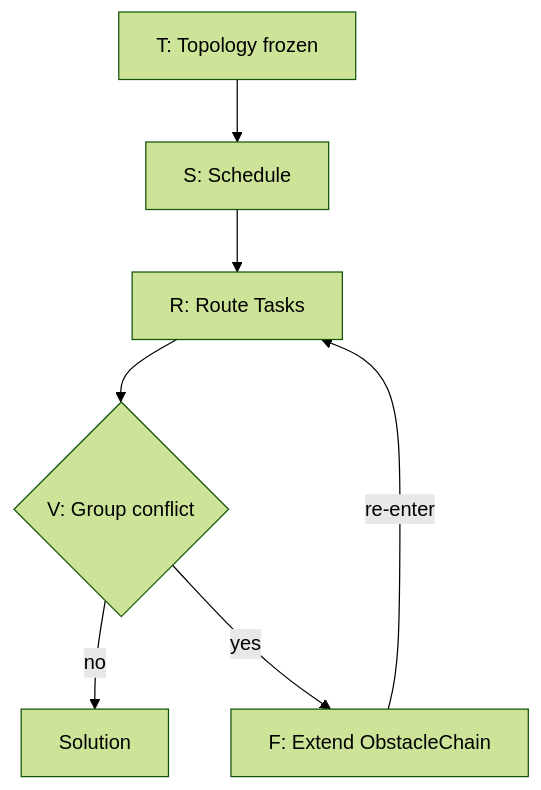
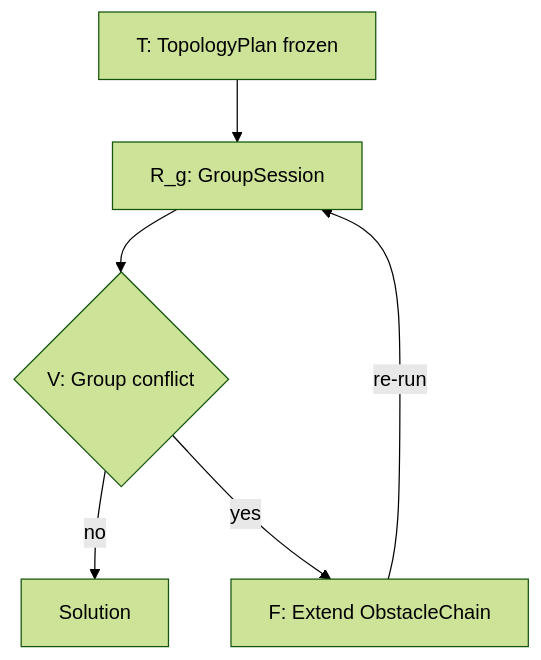
Before and after one commit to bladesaber/MAPF_Pipeline: the first of 4 diagrams in pipe_design/ROADMAP.md, drawn with Mermaid (forest theme). The commit also changed other lines of this file and 25 other files, not shown here.

````diff
--- a/pipe_design/ROADMAP.md
+++ b/pipe_design/ROADMAP.md
@@ -395,9 +404,8 @@
 ```mermaid
 flowchart TD
-  T[T: Topology frozen] --> S[S: Schedule]
-  S --> R[R: Route Tasks]
-  R --> V{V: Group conflict}
+  T[T: TopologyPlan frozen] --> Rg[R_g: GroupSession]
+  Rg --> V{V: Group conflict}
   V -->|no| Sol[Solution]
   V -->|yes| F[F: Extend ObstacleChain]
-  F -->|re-enter| R
+  F -->|re-run| Rg
 ```
````
